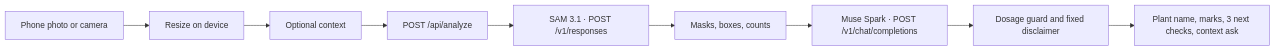
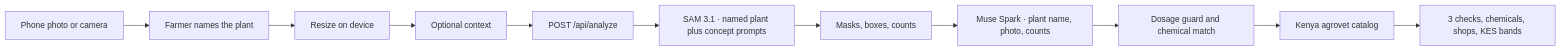
Before and after one commit to benweru/BedSense: the diagram in docs/development.md, drawn with Mermaid. The commit also changed other lines of this file and 21 other files, not shown here.

First line of the commit message:
Shorten hero, plant name, chemicals and Kenyan shops (#5)

````diff
--- a/docs/development.md
+++ b/docs/development.md
@@ -42,11 +42,13 @@
 ```mermaid
 flowchart LR
-  phone[Phone photo or camera] --> resize[Resize on device]
+  phone[Phone photo or camera] --> name[Farmer names the plant]
+  name --> resize[Resize on device]
   resize --> context[Optional context]
   context --> api["POST /api/analyze"]
-  api --> sam["SAM 3.1 · POST /v1/responses"]
+  api --> sam["SAM 3.1 · named plant plus concept prompts"]
   sam --> marks[Masks, boxes, counts]
-  marks --> muse["Muse Spark · POST /v1/chat/completions"]
-  muse --> guard[Dosage guard and fixed disclaimer]
-  guard --> ui[Plant name, marks, 3 next checks, context ask]
+  marks --> muse["Muse Spark · plant name, photo, counts"]
+  muse --> guard[Dosage guard and chemical match]
+  guard --> catalog[Kenya agrovet catalog]
+  catalog --> ui[3 checks, chemicals, shops, KES bands]
 ```
````
